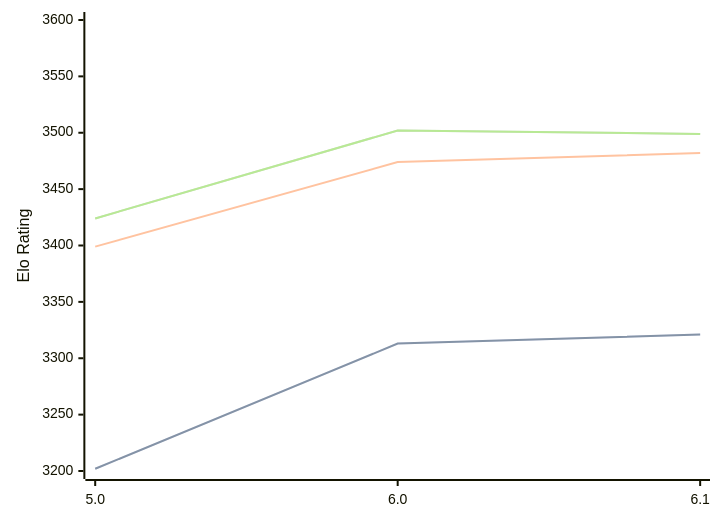
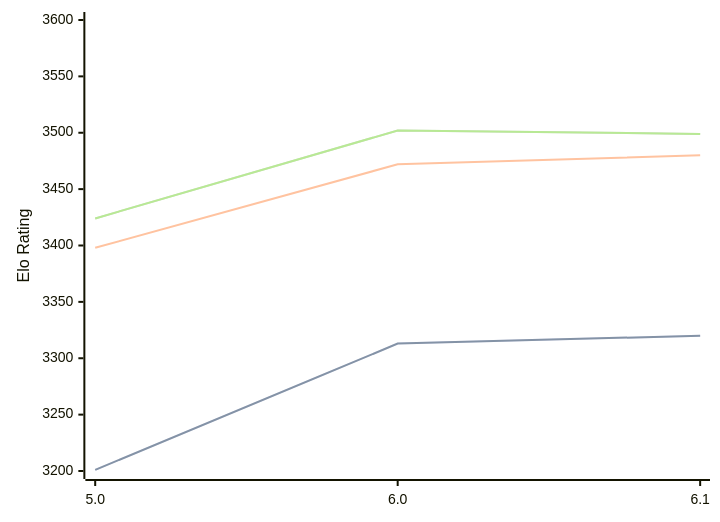
The diagram in engines/Starzix.md (computer-chess-index/cci), drawn with Mermaid before and after one commit. The commit also changed other lines of this file, not shown here.

````diff
--- a/engines/Starzix.md
+++ b/engines/Starzix.md
@@ -37,11 +37,11 @@
 ```mermaid
 %%{init: {"theme":"base","themeVariables":{"seriesColors:['#a3a3a3','#222221','#faa371']}}}%%
 xychart-beta
   x-axis ["5.0", "6.0", "6.1"]
   y-axis "Elo Rating" 3200 --> 3600
-  line "STC (8.0+0.08s)" [3202, 3313, 3321]
-  line "STC (8.0+0.08s)" [3202, 3313, 3321]
-  line "LTC (60.0+0.60s)" [3399, 3474, 3482]
+  line "STC (8.0+0.08s)" [3201, 3313, 3320]
+  line "STC (8.0+0.08s)" [3201, 3313, 3320]
+  line "LTC (60.0+0.60s)" [3398, 3472, 3480]
   line "VLTC (2m24s+1.12s)" [3424, 3502, 3499]
   line "VLTC (2m24s+1.12s)" [3424, 3502, 3499]
 ```
````
